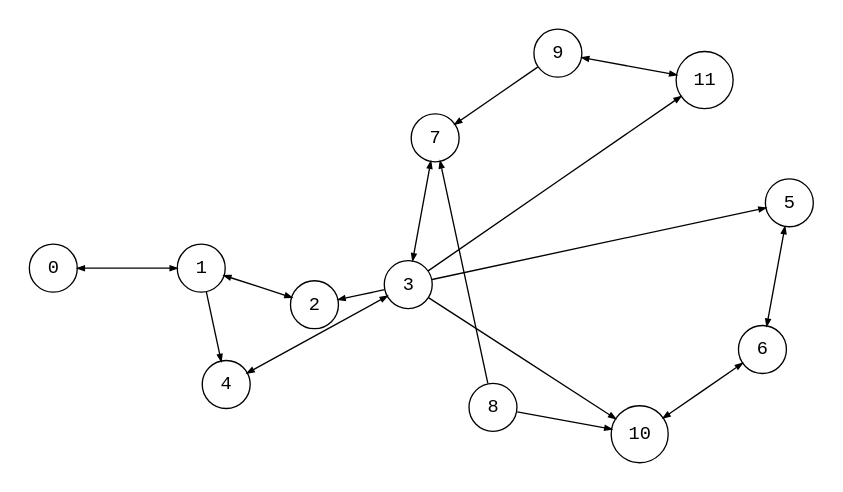
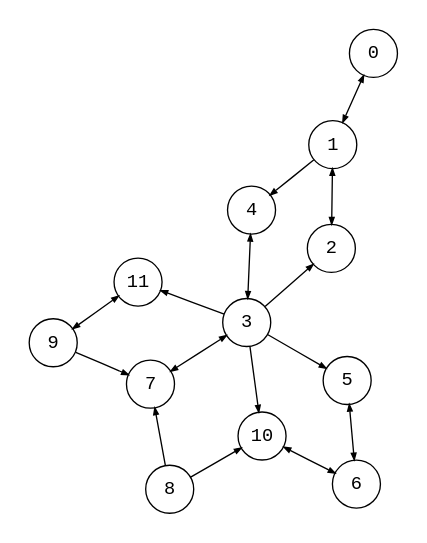
Before and after one commit to bsdrks/graaf-images: the diagram in src/kattis_cantinaofbabel_1.dot, drawn with Graphviz. The commit also changed 95 other files, not shown here.

```diff
--- a/src/kattis_cantinaofbabel_1.dot
+++ b/src/kattis_cantinaofbabel_1.dot
@@ -1,30 +1,17 @@
 digraph {
-    node [shape=circle, fontname="monospace"];
-    edge [arrowsize=0.5, fontname="monospace"];
-    layout=circo;
+    node [shape=circle, fontname="monospace", fixedsize=true, width=0.5];
+    edge [arrowsize=0.5];
+    layout=neato;
     pad=0.2;
-
-    0 [label="0"];
-    1 [label="1"];
-    2 [label="2"];
-    3 [label="3"];
-    4 [label="4"];
-    5 [label="5"];
-    6 [label="6"];
-    7 [label="7"];
-    8 [label="8"];
-    9 [label="9"];
-    10 [label="10"];
-    11 [label="11"];
 
     0 -> {1} [dir=both];
     1 -> {2} [dir=both];
     1 -> {4};
     3 -> {4, 7} [dir=both];
     3 -> {2, 5, 10, 11};
     5 -> {6} [dir=both];
     6 -> {10} [dir=both];
     8 -> {7, 10};
     9 -> {11} [dir=both];
     9 -> {7};
 }
```
